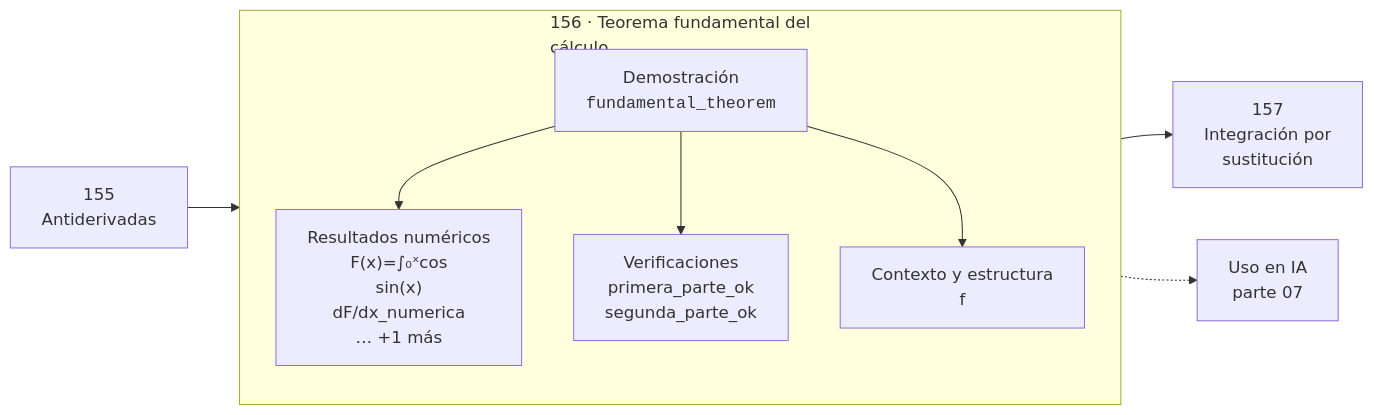
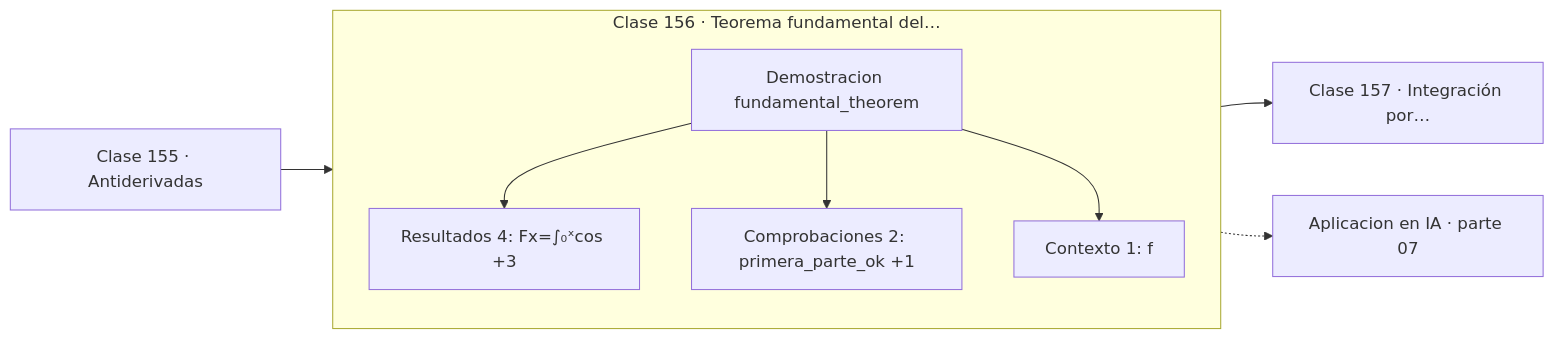
The diagram in classes/part-07-calculo-diferencial-e-integral/156-teorema-fundamental-del-calculo/README.md (vladimiracunadev-create/computational-mathematics-program), drawn with Mermaid before and after one commit. The commit also changed 389 other files, not shown here.

First line of the commit message:
fix(diagramas): elimina el HTML de las etiquetas Mermaid

````diff
--- a/classes/part-07-calculo-diferencial-e-integral/156-teorema-fundamental-del-calculo/README.md
+++ b/classes/part-07-calculo-diferencial-e-integral/156-teorema-fundamental-del-calculo/README.md
@@ -30,12 +30,13 @@
 ```mermaid
 flowchart LR
-    P["155<br/>Antiderivadas"] --> C
-    subgraph C["156 · Teorema fundamental del<br/>cálculo"]
+    P["Clase 155 · Antiderivadas"] --> D
+    subgraph CLASE["Clase 156 · Teorema fundamental del…"]
         direction TB
-        D["Demostración<br/><code>fundamental_theorem</code>"] --> R["Resultados numéricos<br/>F(x)=∫₀ˣcos<br/>sin(x)<br/>dF/dx_numerica<br/>… +1 más"]
-        D --> V["Verificaciones<br/>primera_parte_ok<br/>segunda_parte_ok"]
-        D --> O["Contexto y estructura<br/>f"]
+        D["Demostracion fundamental_theorem"]
+        D --> R["Resultados 4: Fx=∫₀ˣcos +3"]
+        D --> V["Comprobaciones 2: primera_parte_ok +1"]
+        D --> O["Contexto 1: f"]
     end
-    C --> N["157<br/>Integración por<br/>sustitución"]
-    C -.-> IA["Uso en IA<br/>parte 07"]
+    R --> N["Clase 157 · Integración por…"]
+    V -.-> IA["Aplicacion en IA · parte 07"]
 ```
````
